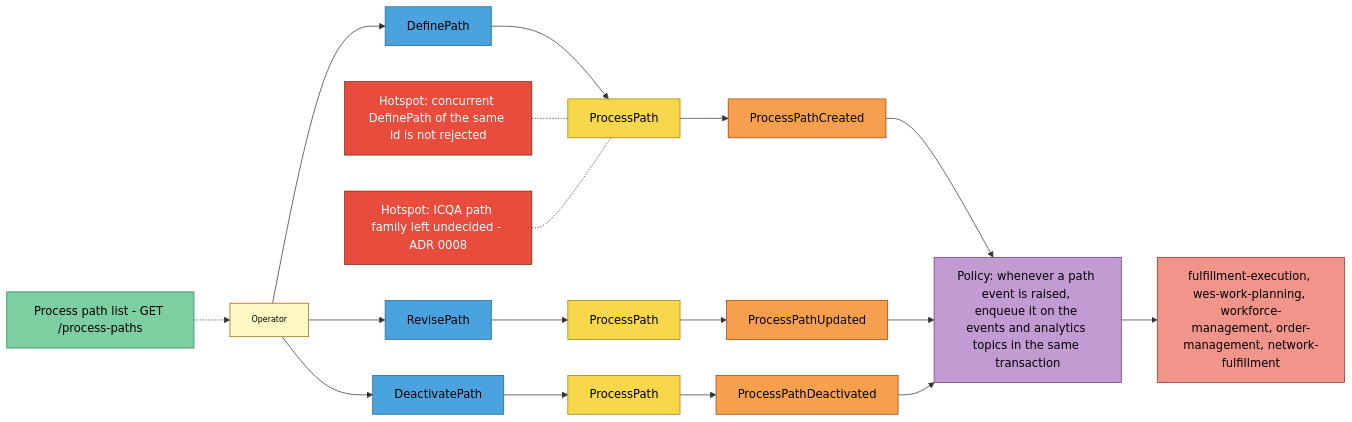
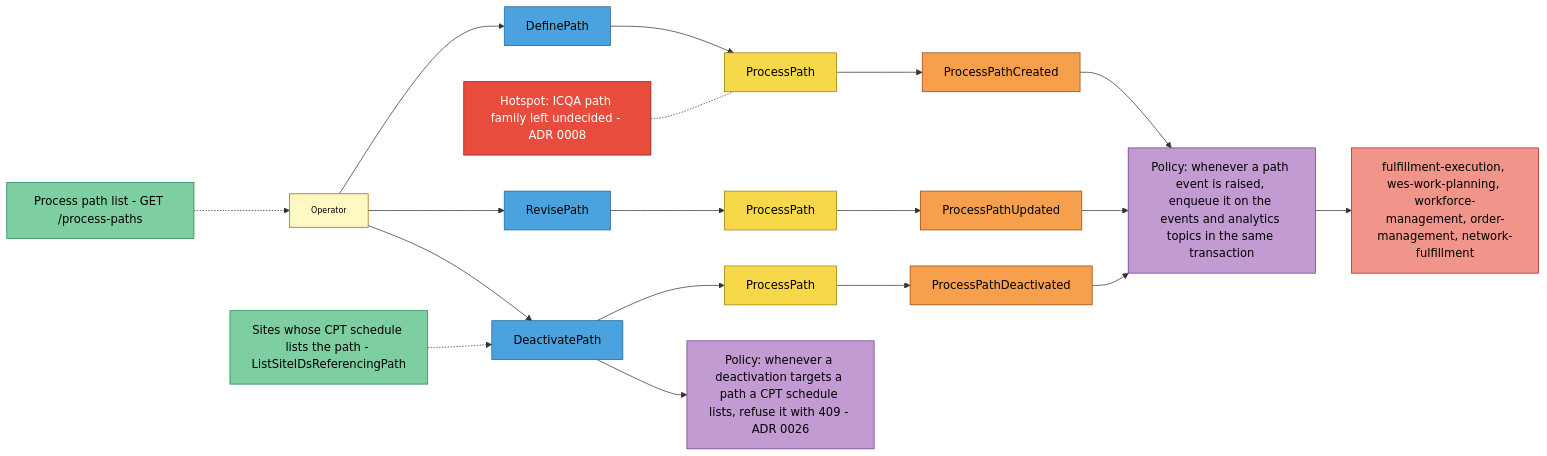
Before and after one commit to IQVO/warehouse-docs: the second of 4 diagrams in docs/contexts/process-path-management/eventstorming.md, drawn with Mermaid. The commit also changed other lines of this file and 107 other files, not shown here.

````diff
--- a/docs/contexts/process-path-management/eventstorming.md
+++ b/docs/contexts/process-path-management/eventstorming.md
@@ -56,35 +56,37 @@
 ```mermaid
 flowchart LR
     OP["Operator"]:::actor
     RM0["Process path list - GET /process-paths"]:::readmodel
     C1["DefinePath"]:::command
     A1["ProcessPath"]:::aggregate
     E1["ProcessPathCreated"]:::event
     C2["RevisePath"]:::command
     A2["ProcessPath"]:::aggregate
     E2["ProcessPathUpdated"]:::event
     C3["DeactivatePath"]:::command
     A3["ProcessPath"]:::aggregate
     E3["ProcessPathDeactivated"]:::event
     P1["Policy: whenever a path event is raised, enqueue it on the events and analytics topics in the same transaction"]:::policy
     X1["fulfillment-execution, wes-work-planning, workforce-management, order-management, network-fulfillment"]:::external
-    H1["Hotspot: concurrent DefinePath of the same id is not rejected"]:::hotspot
+    RM1["Sites whose CPT schedule lists the path - ListSiteIDsReferencingPath"]:::readmodel
+    P2["Policy: whenever a deactivation targets a path a CPT schedule lists, refuse it with 409 - ADR 0026"]:::policy
     H2["Hotspot: ICQA path family left undecided - ADR 0008"]:::hotspot
 
     RM0 -.-> OP
     OP --> C1 --> A1 --> E1 --> P1
     OP --> C2 --> A2 --> E2 --> P1
     OP --> C3 --> A3 --> E3 --> P1
+    RM1 -.-> C3
+    C3 --> P2
     P1 --> X1
-    H1 -.- A1
     H2 -.- A1
 
     classDef actor fill:#fef9c3,stroke:#a16207,color:#000,font-size:11px
     classDef command fill:#4aa3df,stroke:#1f6391,color:#000
     classDef aggregate fill:#f7d84a,stroke:#9a7d0a,color:#000
     classDef event fill:#f6a04d,stroke:#a04000,color:#000
     classDef policy fill:#c39bd3,stroke:#6c3483,color:#000
     classDef readmodel fill:#7dcea0,stroke:#1e8449,color:#000
     classDef external fill:#f1948a,stroke:#922b21,color:#000
     classDef hotspot fill:#e74c3c,stroke:#7b241c,color:#fff
 ```
````
